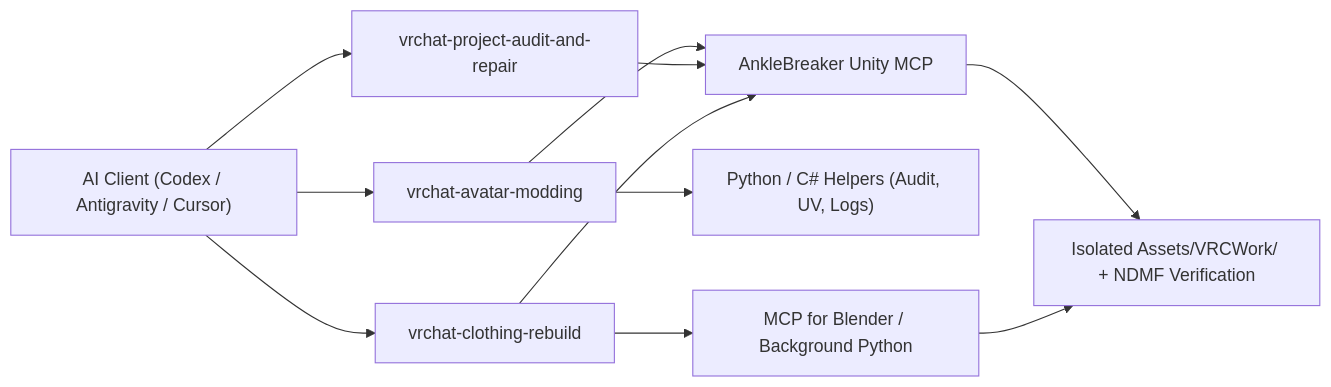
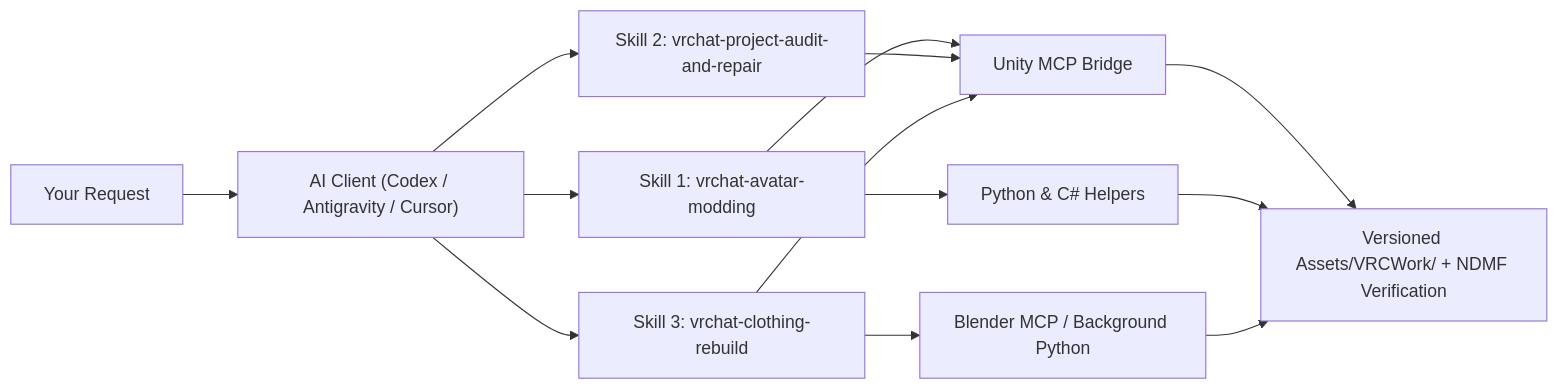
One commit to asmrawa/vrchat-avatar-modding-skills changed the diagram in README.md. Above: the diagram before and after it, drawn with Mermaid. The commit also changed other lines of this file and 2 other files, not shown here.

Commit message:
docs: rewrite trilingual READMEs around capabilities, architecture, and prerequisites

````diff
--- a/README.md
+++ b/README.md
@@ -30,15 +30,17 @@
 ```mermaid
 flowchart LR
-    Client["AI Client (Codex / Antigravity / Cursor)"] --> Mod["vrchat-avatar-modding"]
-    Client --> Audit["vrchat-project-audit-and-repair"]
-    Client --> Rebuild["vrchat-clothing-rebuild"]
+    User["Your Request"] --> Client["AI Client (Codex / Antigravity / Cursor)"]
+    Client --> S1["Skill 1: vrchat-avatar-modding"]
+    Client --> S2["Skill 2: vrchat-project-audit-and-repair"]
+    Client --> S3["Skill 3: vrchat-clothing-rebuild"]
 
-    Mod --> UnityMCP["AnkleBreaker Unity MCP"]
-    Audit --> UnityMCP
-    Mod --> OfflineCLI["Python / C# Helpers (Audit, UV, Logs)"]
-    Rebuild --> BlenderMCP["MCP for Blender / Background Python"]
-    Rebuild --> UnityMCP
+    S1 --> UMCP["Unity MCP Bridge"]
+    S2 --> UMCP
+    S1 --> CLI["Python & C# Helpers"]
+    S3 --> BMCP["Blender MCP / Background Python"]
+    S3 --> UMCP
 
-    UnityMCP --> Work["Isolated Assets/VRCWork/ + NDMF Verification"]
-    BlenderMCP --> Work
+    UMCP --> Work["Versioned Assets/VRCWork/ + NDMF Verification"]
+    CLI --> Work
+    BMCP --> Work
 ```
````
